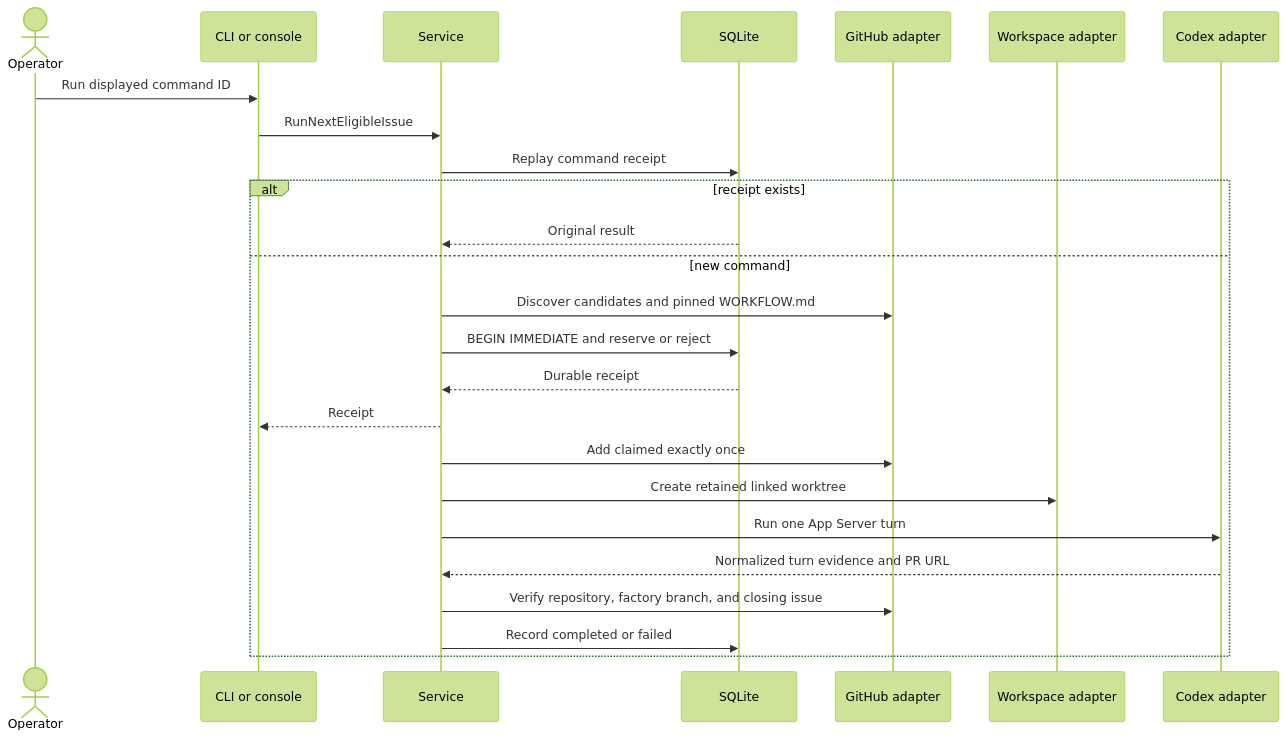
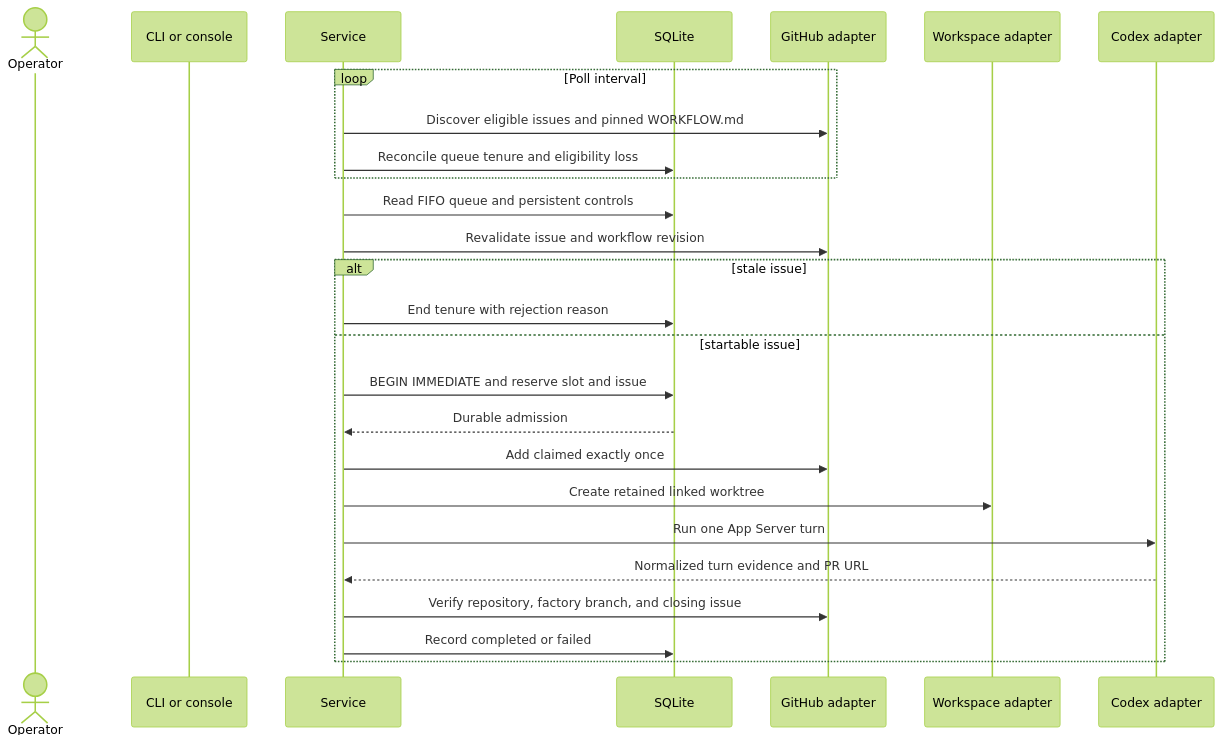
Before and after one commit to alundgren/irudd-factory: the fourth of 4 diagrams in docs/architecture/c4.md, drawn with Mermaid (forest theme). The commit also changed other lines of this file and 27 other files, not shown here.

Commit message:
Dispatch a durable FIFO issue queue

````diff
--- a/docs/architecture/c4.md
+++ b/docs/architecture/c4.md
@@ -118,28 +119,29 @@
 ```mermaid
 sequenceDiagram
     actor Operator
     participant Client as CLI or console
     participant Service
     participant DB as SQLite
     participant GH as GitHub adapter
     participant WS as Workspace adapter
     participant CX as Codex adapter
 
-    Operator->>Client: Run displayed command ID
-    Client->>Service: RunNextEligibleIssue
-    Service->>DB: Replay command receipt
-    alt receipt exists
-        DB-->>Service: Original result
-    else new command
-        Service->>GH: Discover candidates and pinned WORKFLOW.md
-        Service->>DB: BEGIN IMMEDIATE and reserve or reject
-        DB-->>Service: Durable receipt
-        Service-->>Client: Receipt
+    loop Poll interval
+        Service->>GH: Discover eligible issues and pinned WORKFLOW.md
+        Service->>DB: Reconcile queue tenure and eligibility loss
+    end
+    Service->>DB: Read FIFO queue and persistent controls
+    Service->>GH: Revalidate issue and workflow revision
+    alt stale issue
+        Service->>DB: End tenure with rejection reason
+    else startable issue
+        Service->>DB: BEGIN IMMEDIATE and reserve slot and issue
+        DB-->>Service: Durable admission
         Service->>GH: Add claimed exactly once
         Service->>WS: Create retained linked worktree
         Service->>CX: Run one App Server turn
         CX-->>Service: Normalized turn evidence and PR URL
         Service->>GH: Verify repository, factory branch, and closing issue
         Service->>DB: Record completed or failed
     end
 ```
````
